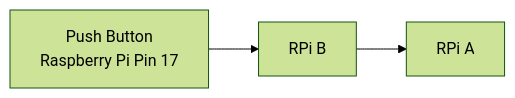
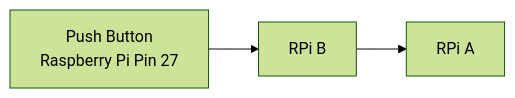
The diagram in tutorial2/tutorial2.md (huats-club/oscstarterkit), drawn with Mermaid (forest theme) before and after one commit. The commit also changed 3 other files, not shown here.

````diff
--- a/tutorial2/tutorial2.md
+++ b/tutorial2/tutorial2.md
@@ -5,5 +5,5 @@
 ```mermaid
 graph LR
-A[Push Button<br>Raspberry Pi Pin 17] --> B[RPi B]
+A[Push Button<br>Raspberry Pi Pin 27] --> B[RPi B]
 B --> C[RPi A]
 ```
````
